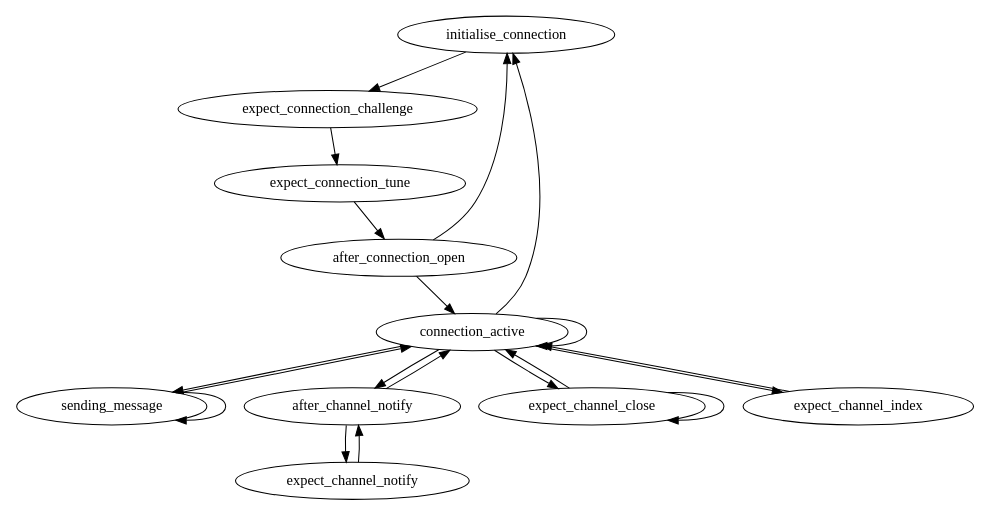
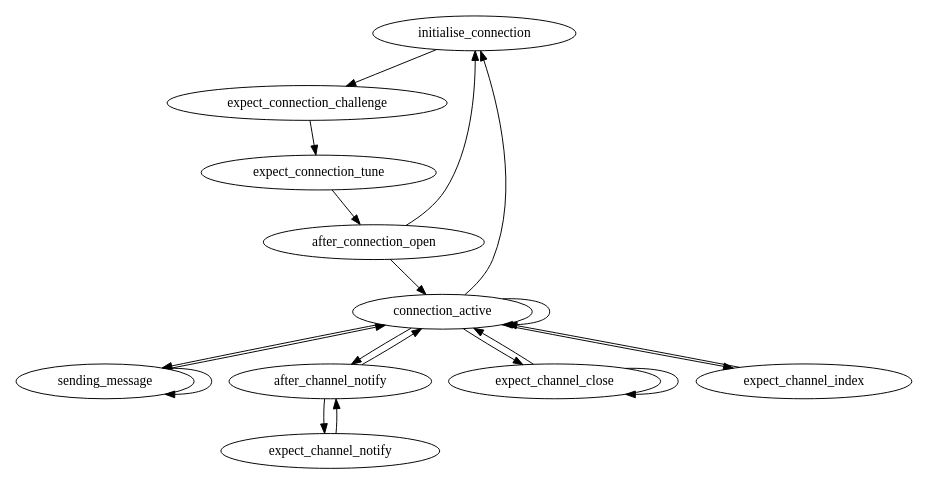
Before and after one commit to imatix/openamq: the diagram in doc/amq_sclient_agent.dot, drawn with Graphviz. The commit also changed 9 other files, not shown here.

```diff
--- a/doc/amq_sclient_agent.dot
+++ b/doc/amq_sclient_agent.dot
@@ -1,24 +1,25 @@
 digraph {
-   size = "8,8";
+    size = "7.5,8";
+    center = 1;
     subgraph client {
         initialise_connection -> expect_connection_challenge;
         expect_connection_challenge -> expect_connection_tune;
         expect_connection_tune -> after_connection_open;
         after_connection_open -> connection_active;
         after_connection_open -> initialise_connection;
         connection_active -> connection_active;
         connection_active -> sending_message;
         connection_active -> after_channel_notify;
         connection_active -> expect_channel_close;
         connection_active -> expect_channel_index;
         connection_active -> initialise_connection;
         after_channel_notify -> expect_channel_notify;
         after_channel_notify -> connection_active;
         expect_channel_notify -> after_channel_notify;
         expect_channel_close -> expect_channel_close;
         expect_channel_close -> connection_active;
         expect_channel_index -> connection_active;
         sending_message -> sending_message;
         sending_message -> connection_active;
     }
 }
```
